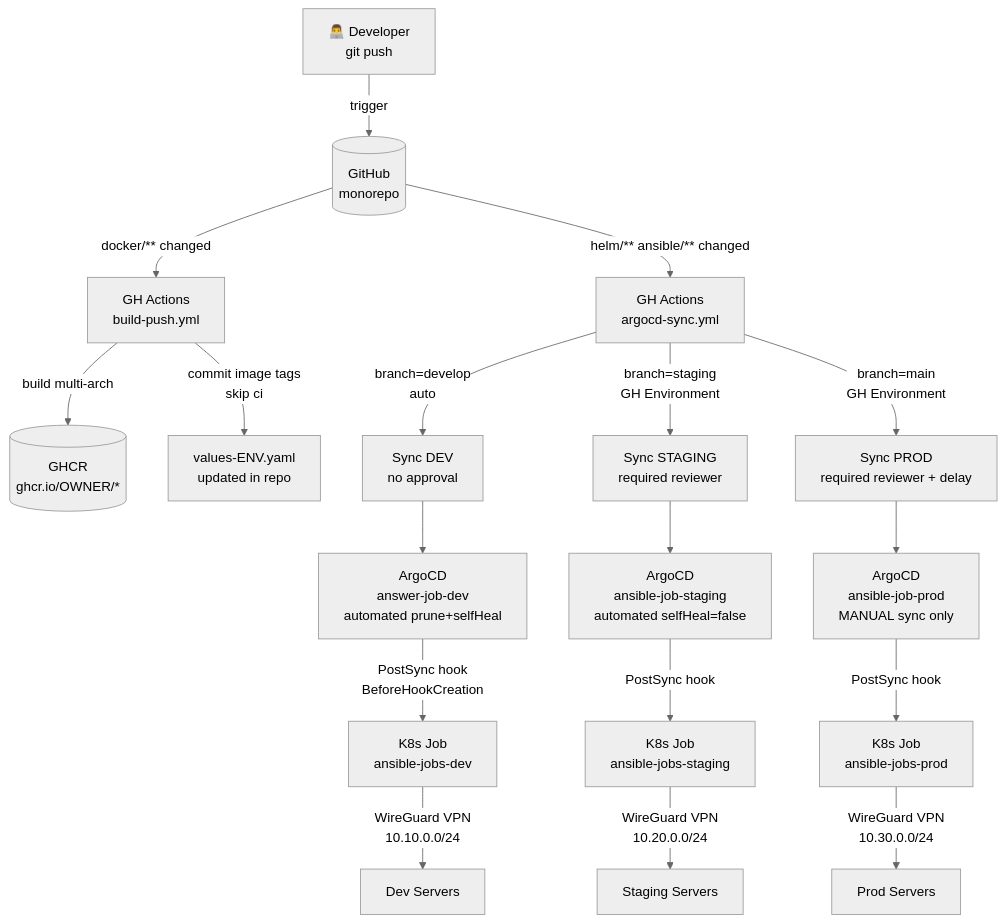
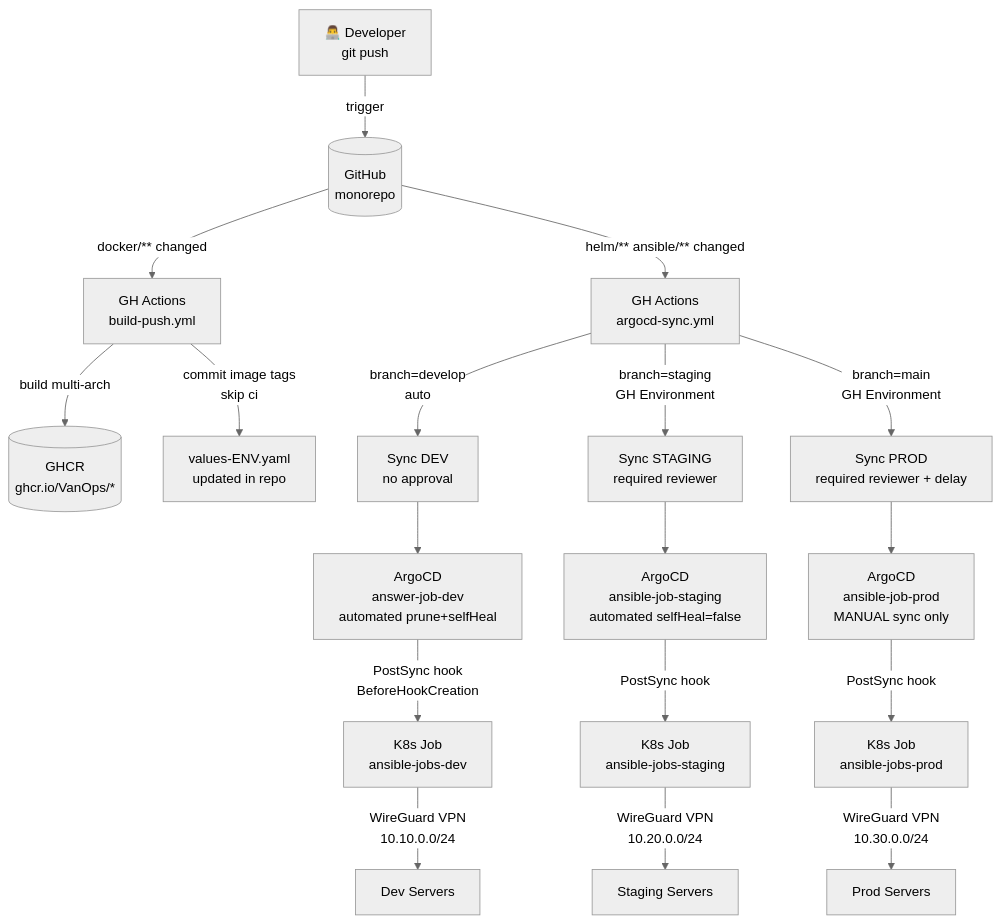
One commit to VanOps/kubernetes-job-over-VPN changed the first of 4 diagrams in README.md. Above: the diagram before and after it, drawn with Mermaid (neutral theme). The commit also changed other lines of this file and 8 other files, not shown here.

````diff
--- a/README.md
+++ b/README.md
@@ -11,26 +11,26 @@
 ```mermaid
 flowchart TD
     DEV[👨‍💻 Developer\ngit push] -->|trigger| GH[(GitHub\nmonorepo)]
 
     GH -->|docker/** changed| GHA_BUILD[GH Actions\nbuild-push.yml]
-    GHA_BUILD -->|build multi-arch| GHCR[(GHCR\nghcr.io/OWNER/*)]
+    GHA_BUILD -->|build multi-arch| GHCR[(GHCR\nghcr.io/VanOps/*)]
     GHA_BUILD -->|commit image tags\nskip ci| VALUES[values-ENV.yaml\nupdated in repo]
 
     GH -->|helm/** ansible/** changed| GHA_SYNC[GH Actions\nargocd-sync.yml]
 
     GHA_SYNC -->|branch=develop\nauto| SYNC_DEV[Sync DEV\nno approval]
     GHA_SYNC -->|branch=staging\nGH Environment| SYNC_STG[Sync STAGING\nrequired reviewer]
     GHA_SYNC -->|branch=main\nGH Environment| SYNC_PRD[Sync PROD\nrequired reviewer + delay]
 
     SYNC_DEV --> ARGOCD_DEV[ArgoCD\nanswer-job-dev\nautomated prune+selfHeal]
     SYNC_STG --> ARGOCD_STG[ArgoCD\nansible-job-staging\nautomated selfHeal=false]
     SYNC_PRD --> ARGOCD_PRD[ArgoCD\nansible-job-prod\nMANUAL sync only]
 
     ARGOCD_DEV -->|PostSync hook\nBeforeHookCreation| JOB_DEV[K8s Job\nansible-jobs-dev]
     ARGOCD_STG -->|PostSync hook| JOB_STG[K8s Job\nansible-jobs-staging]
     ARGOCD_PRD -->|PostSync hook| JOB_PRD[K8s Job\nansible-jobs-prod]
 
     JOB_DEV -->|WireGuard VPN\n10.10.0.0/24| HOSTS_DEV[Dev Servers]
     JOB_STG -->|WireGuard VPN\n10.20.0.0/24| HOSTS_STG[Staging Servers]
     JOB_PRD -->|WireGuard VPN\n10.30.0.0/24| HOSTS_PRD[Prod Servers]
 ```
````
